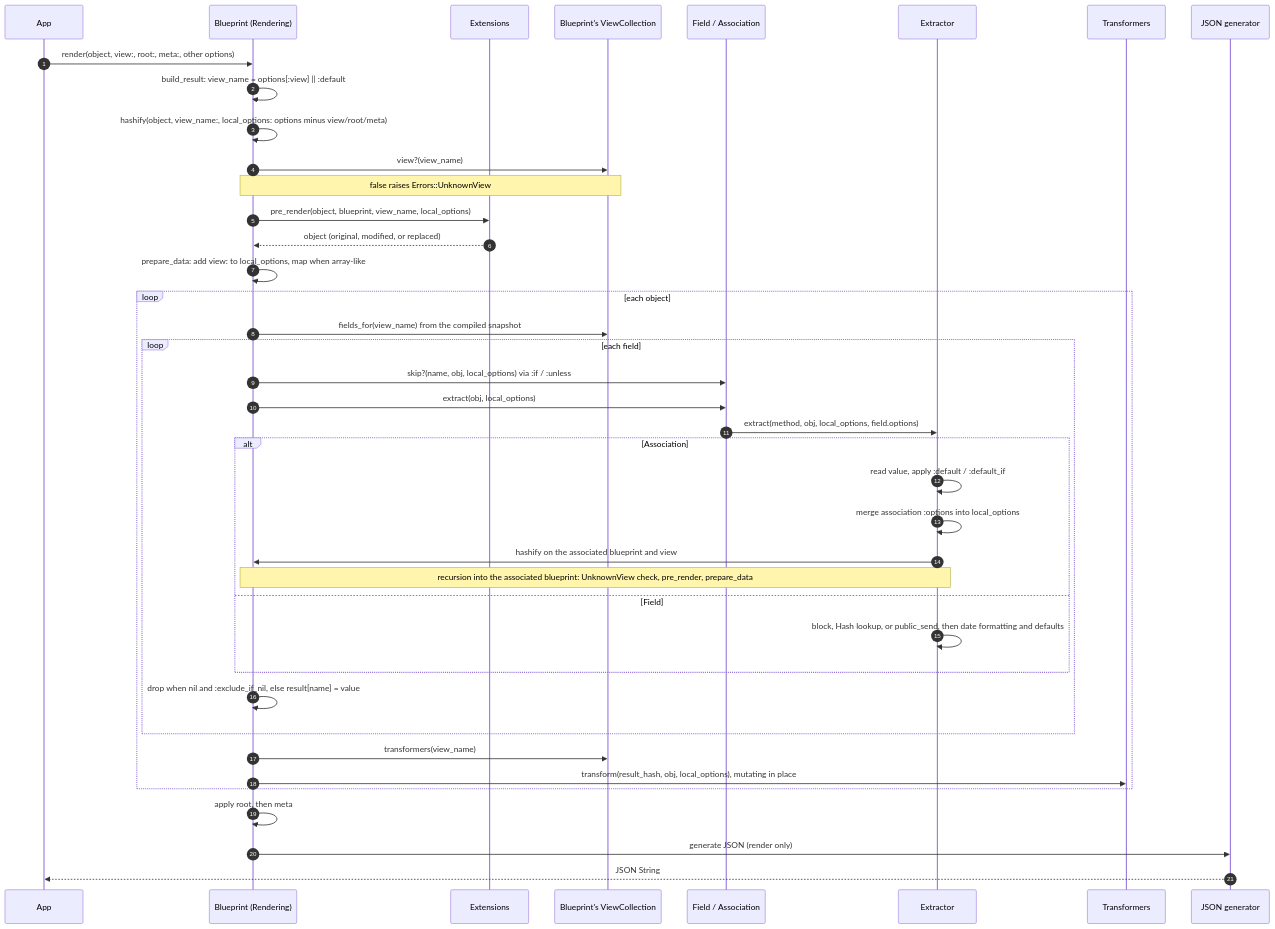
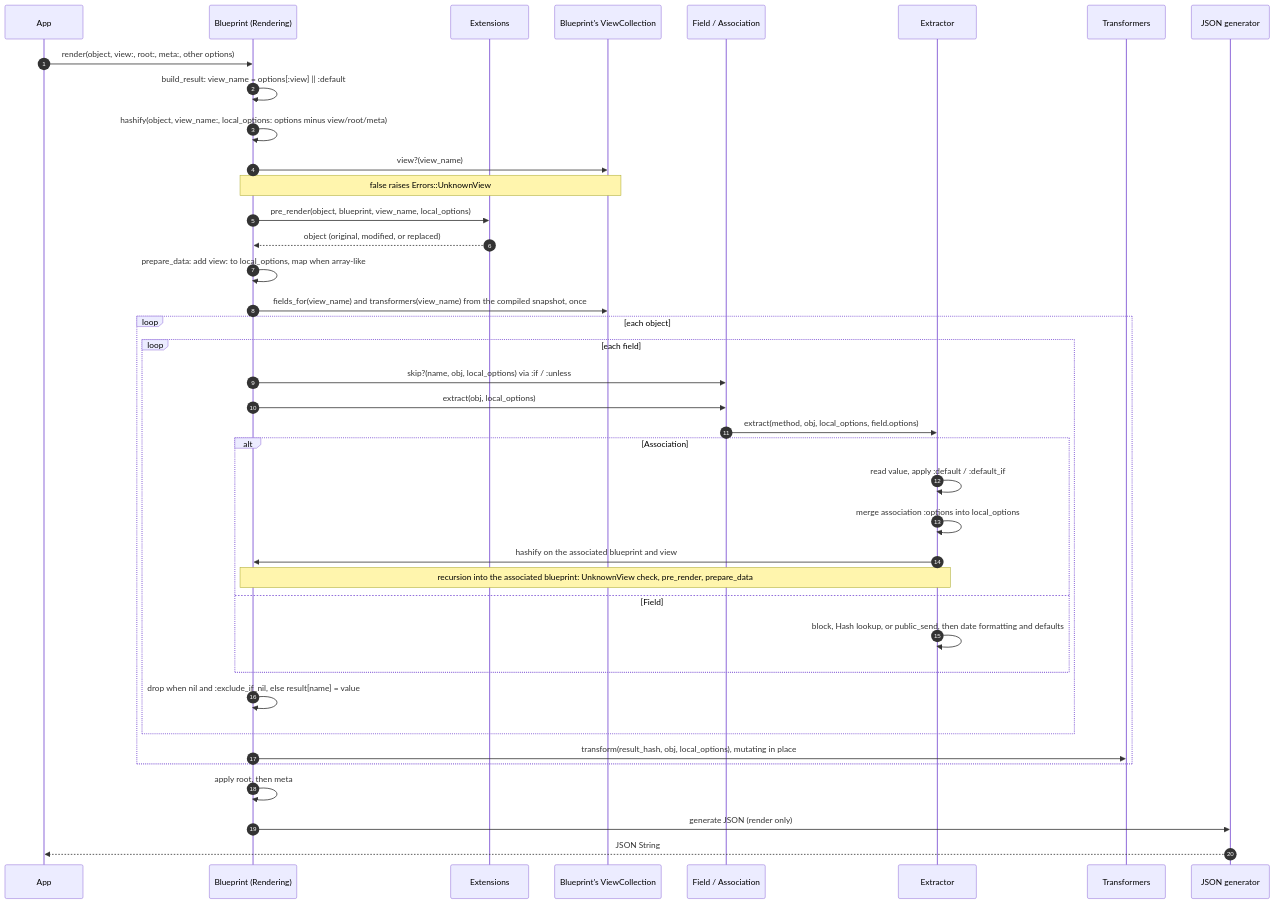
One commit to procore-oss/blueprinter changed the first of 3 diagrams in docs/architecture.md. Above: the diagram before and after it, drawn with Mermaid. The commit also changed other lines of this file and 1 other file, not shown here.

Commit message:
docs: describe the render path changes
The render sequence diagram showed fields_for and transformers being
fetched inside the per-object loop; prepare_data now fetches them once
per render. The extension hook example in making-changes.md quotes
Extensions#pre_render, which now returns early with no extensions.

````diff
--- a/docs/architecture.md
+++ b/docs/architecture.md
@@ -72,43 +72,42 @@
 ```mermaid
 sequenceDiagram
   autonumber
   participant App
   participant B as Blueprint (Rendering)
   participant Ext as Extensions
   participant VC as Blueprint's ViewCollection
   participant F as Field / Association
   participant X as Extractor
   participant T as Transformers
   participant G as JSON generator
 
   App->>B: render(object, view:, root:, meta:, other options)
   B->>B: build_result: view_name = options[:view] || :default
   B->>B: hashify(object, view_name:, local_options: options minus view/root/meta)
   B->>VC: view?(view_name)
   Note over B,VC: false raises Errors::UnknownView
   B->>Ext: pre_render(object, blueprint, view_name, local_options)
   Ext-->>B: object (original, modified, or replaced)
   B->>B: prepare_data: add view: to local_options, map when array-like
+  B->>VC: fields_for(view_name) and transformers(view_name) from the compiled snapshot, once
   loop each object
-    B->>VC: fields_for(view_name) from the compiled snapshot
     loop each field
       B->>F: skip?(name, obj, local_options) via :if / :unless
       B->>F: extract(obj, local_options)
       F->>X: extract(method, obj, local_options, field.options)
       alt Association
         X->>X: read value, apply :default / :default_if
         X->>X: merge association :options into local_options
         X->>B: hashify on the associated blueprint and view
         Note over X,B: recursion into the associated blueprint: UnknownView check, pre_render, prepare_data
       else Field
         X->>X: block, Hash lookup, or public_send, then date formatting and defaults
       end
       B->>B: drop when nil and :exclude_if_nil, else result[name] = value
     end
-    B->>VC: transformers(view_name)
     B->>T: transform(result_hash, obj, local_options), mutating in place
   end
   B->>B: apply root, then meta
   B->>G: generate JSON (render only)
   G-->>App: JSON String
 ```
````
